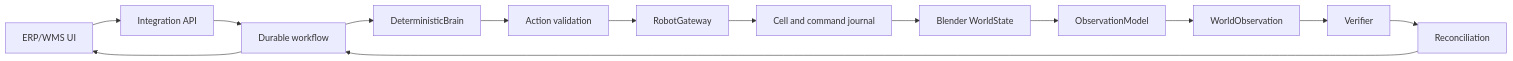
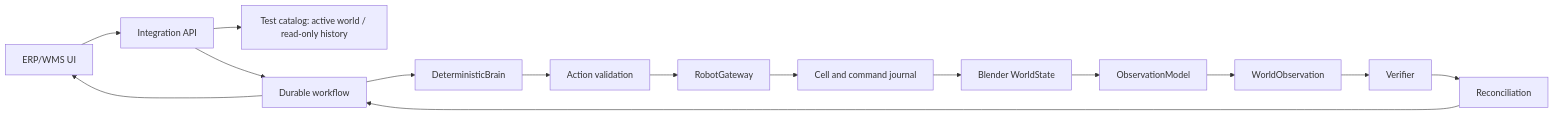
Before and after one commit to raal1600/SICS-RobotOps-Twin-E2E-Warehouse-Robotics-Integration-Simulator: the diagram in README.md, drawn with Mermaid. The commit also changed other lines of this file and 327 other files, not shown here.

````diff
--- a/README.md
+++ b/README.md
@@ -103,16 +145,17 @@
 ```mermaid
 flowchart LR
     ERP[ERP/WMS UI] --> API[Integration API]
+    API --> TEST[Test catalog: active world / read-only history]
     API --> WF[Durable workflow]
     WF --> B[DeterministicBrain]
     B --> V[Action validation]
     V --> G[RobotGateway]
     G --> C[Cell and command journal]
     C --> W[Blender WorldState]
     W --> O[ObservationModel]
     O --> WO[WorldObservation]
     WO --> VERIFY[Verifier]
     VERIFY --> R[Reconciliation]
     R --> WF
     WF --> ERP
 ```
````
